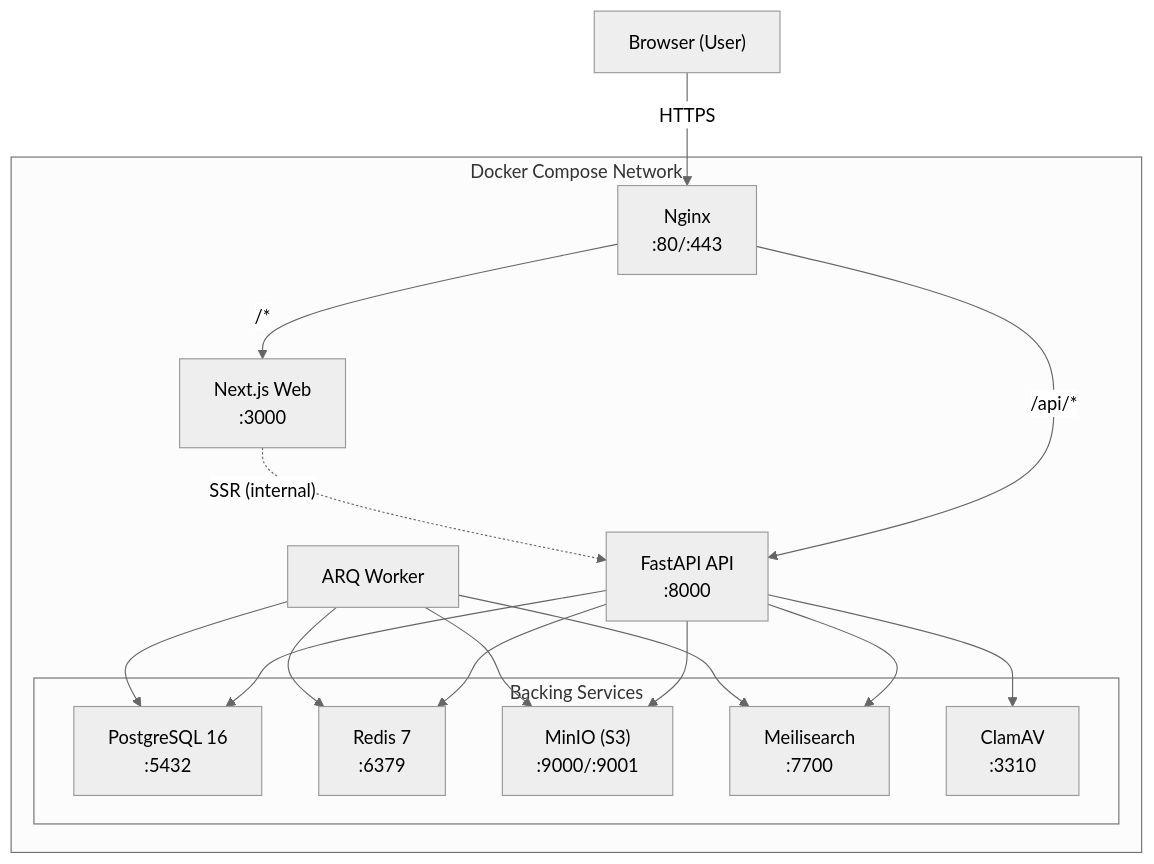
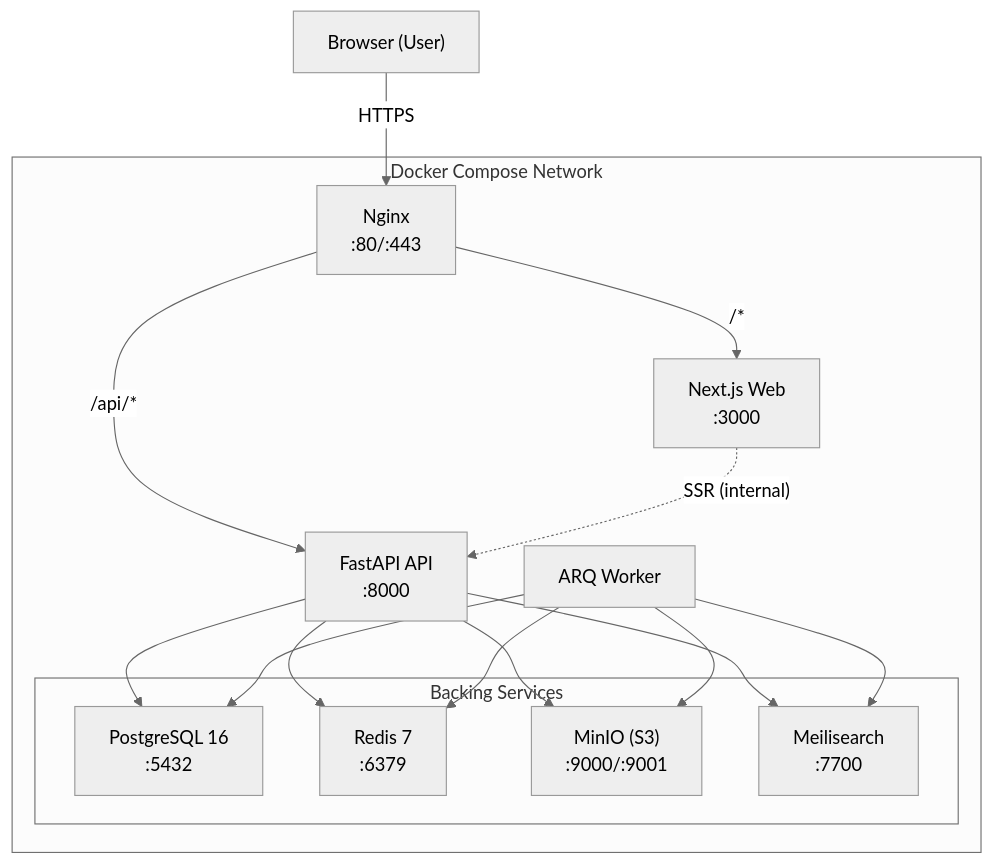
Before and after one commit to Theo-Darvoux/WikINT: the first of 5 diagrams in docs/architecture/overview.md, drawn with Mermaid (neutral theme). The commit also changed other lines of this file and 48 other files, not shown here.

````diff
--- a/docs/architecture/overview.md
+++ b/docs/architecture/overview.md
@@ -11,36 +11,33 @@
 ```mermaid
 graph TB
     Browser["Browser (User)"]
 
     subgraph Docker["Docker Compose Network"]
         Nginx["Nginx<br/>:80/:443"]
         Web["Next.js Web<br/>:3000"]
         API["FastAPI API<br/>:8000"]
         Worker["ARQ Worker"]
 
         subgraph Backing["Backing Services"]
             PG["PostgreSQL 16<br/>:5432"]
             Redis["Redis 7<br/>:6379"]
             MinIO["MinIO (S3)<br/>:9000/:9001"]
             Meili["Meilisearch<br/>:7700"]
-            ClamAV["ClamAV<br/>:3310"]
         end
     end
 
     Browser -->|HTTPS| Nginx
     Nginx -->|/api/*| API
     Nginx -->|/*| Web
 
     API --> PG
     API --> Redis
     API --> MinIO
     API --> Meili
-    API --> ClamAV
-
     Worker --> PG
     Worker --> Redis
     Worker --> MinIO
     Worker --> Meili
 
     Web -.->|"SSR (internal)"| API
 ```
````
